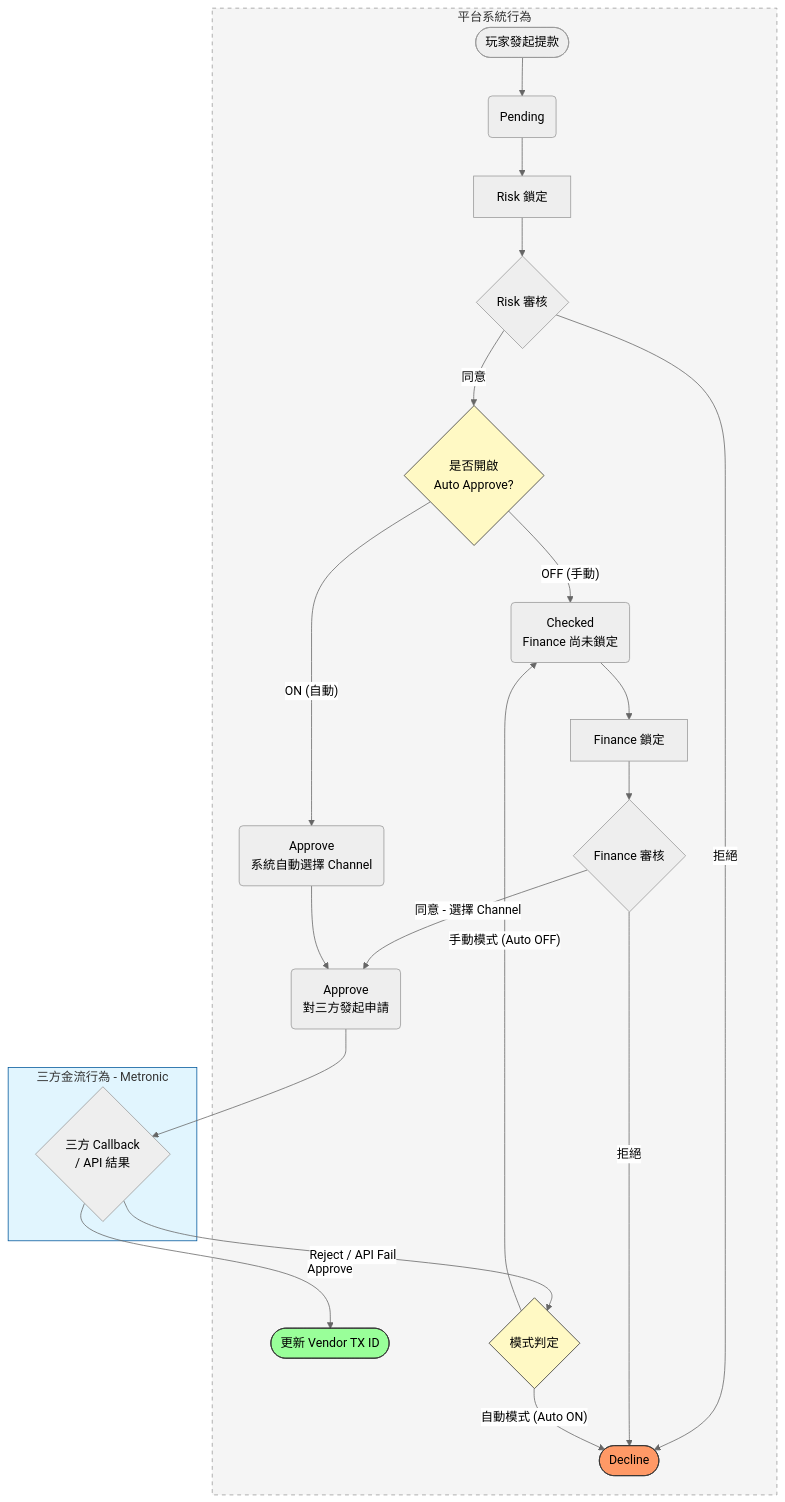
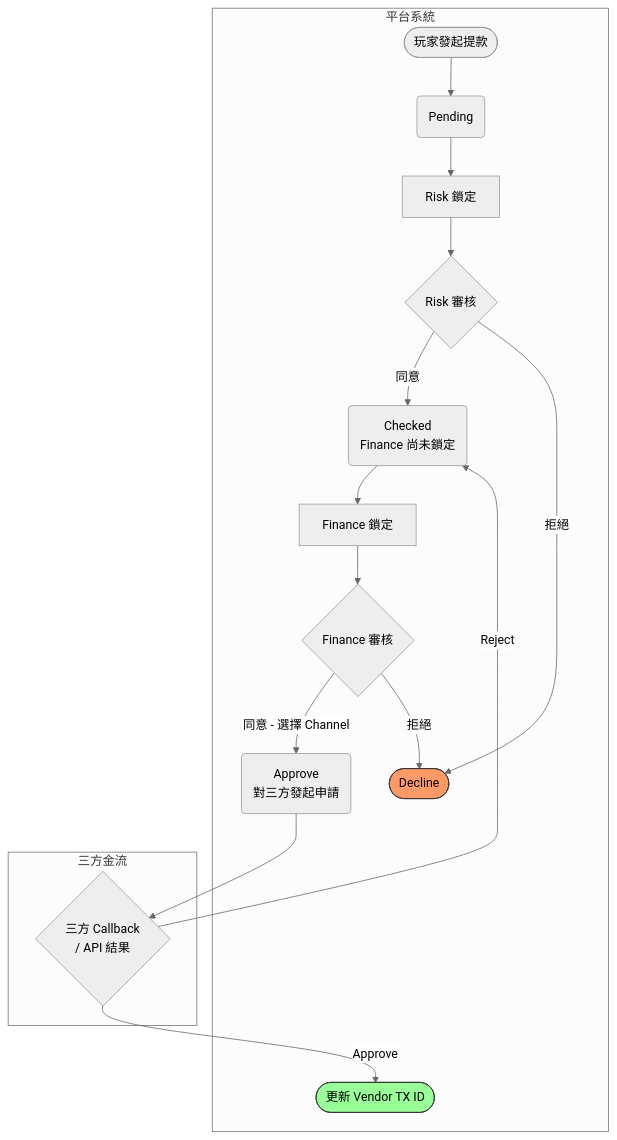
One commit to almightyken0425/SuSuGiGiSpec changed the first of 2 diagrams in no99_archive/sitflowchart.md. Above: the diagram before and after it, drawn with Mermaid (neutral theme). The commit also changed other lines of this file, not shown here.

````diff
--- a/no99_archive/sitflowchart.md
+++ b/no99_archive/sitflowchart.md
@@ -26,59 +29,31 @@
 ```mermaid
 graph TD
-    subgraph Platform_System [平台系統行為]
-        %% 初始步驟
+    subgraph Platform [平台系統]
         Start([玩家發起提款]) --> Pending(Pending)
         Pending --> Risk_Lock[Risk 鎖定]
         Risk_Action{Risk 審核}
         Risk_Lock --> Risk_Action
         
-        %% Risk 同意後檢查
-        Check_Auto{是否開啟<br/>Auto Approve?}
-        Risk_Action -- 同意 --> Check_Auto
+        Risk_Action -- 同意 --> Checked(Checked <br/>Finance 尚未鎖定)
+        Checked --> Finance_Lock[Finance 鎖定]
+        Finance_Lock --> Finance_Action{Finance 審核}
         
-        %% 分支 1: 手動財務審核 (Auto OFF)
-        Checked(Checked <br/>Finance 尚未鎖定)
-        Check_Auto -- "OFF (手動)" --> Checked
-        Finance_Lock[Finance 鎖定]
-        Checked --> Finance_Lock
-        Finance_Action{Finance 審核}
-        Finance_Lock --> Finance_Action
-        
-        %% 分支 2: 自動財務審核 (Auto ON)
-        Approve_Auto_Flow(Approve <br/>系統自動選擇 Channel)
-        Check_Auto -- "ON (自動)" --> Approve_Auto_Flow
-        
-        %% 共同發送 API 點
-        Approve_Request(Approve <br/>對三方發起申請)
-        Finance_Action -- 同意 - 選擇 Channel --> Approve_Request
-        Approve_Auto_Flow --> Approve_Request
+        Approve_Req(Approve <br/>對三方發起申請)
+        Finance_Action -- 同意 - 選擇 Channel --> Approve_Req
 
-        %% 拒絕與成功最終站
-        Decline_Final([Decline])
-        Risk_Action -- 拒絕 --> Decline_Final
-        Finance_Action -- 拒絕 --> Decline_Final
+        Risk_Action -- 拒絕 --> Decline([Decline])
+        Finance_Action -- 拒絕 --> Decline
         
         Success([更新 Vendor TX ID])
-
-        %% 異常處理分支 (模式判定)
-        Fail_Branch{模式判定}
-        Fail_Branch -- "手動模式 (Auto OFF)" --> Checked
-        Fail_Branch -- "自動模式 (Auto ON)" --> Decline_Final
     end
 
-    subgraph Third_Party [三方金流行為 - Metronic]
-        Approve_Request --> Callback{三方 Callback <br/>/ API 結果}
+    subgraph Third_Party [三方金流]
+        Approve_Req --> Callback{三方 Callback <br/>/ API 結果}
     end
 
-    %% 回傳平台處理
     Callback -- Approve --> Success
-    Callback -- Reject / API Fail --> Fail_Branch
+    Callback -- Reject --> Checked
 
-    %% 樣式美化
-    style Decline_Final fill:#f96,stroke:#333
+    style Decline fill:#f96,stroke:#333
     style Success fill:#9f9,stroke:#333
-    style Check_Auto fill:#fff9c4,stroke:#333
-    style Fail_Branch fill:#fff9c4,stroke:#333
-    style Platform_System fill:#f5f5f5,stroke:#999,stroke-dasharray: 5 5
-    style Third_Party fill:#e1f5fe,stroke:#01579b
 ```
````
